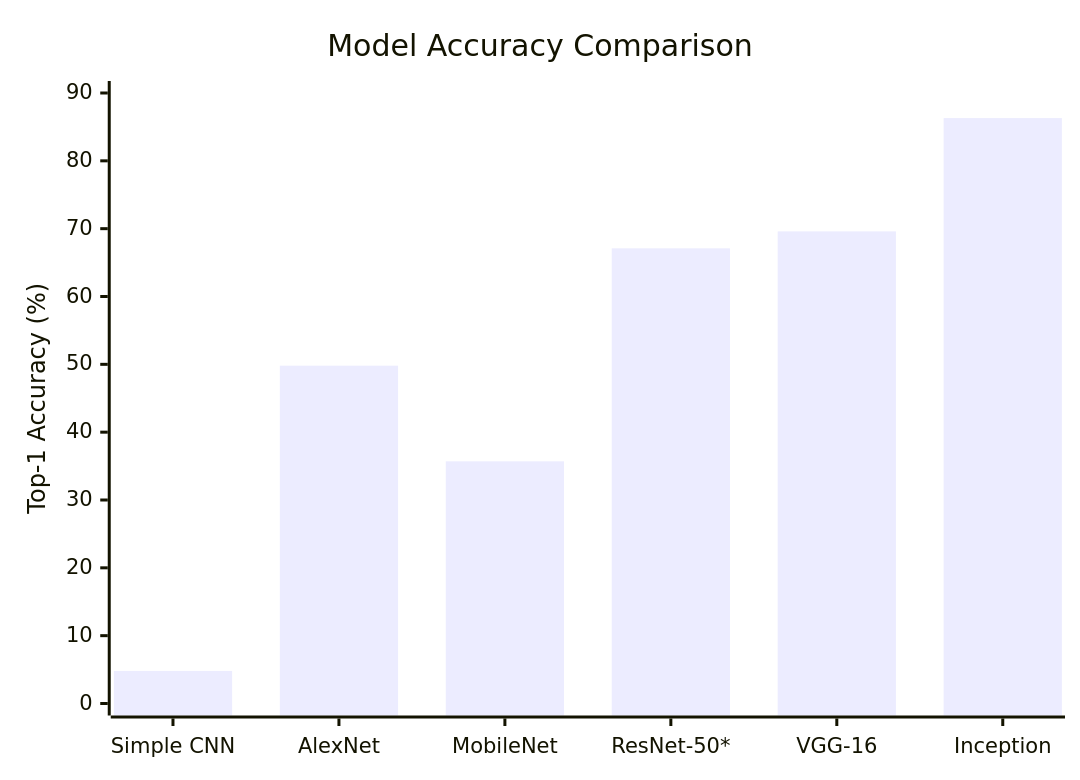
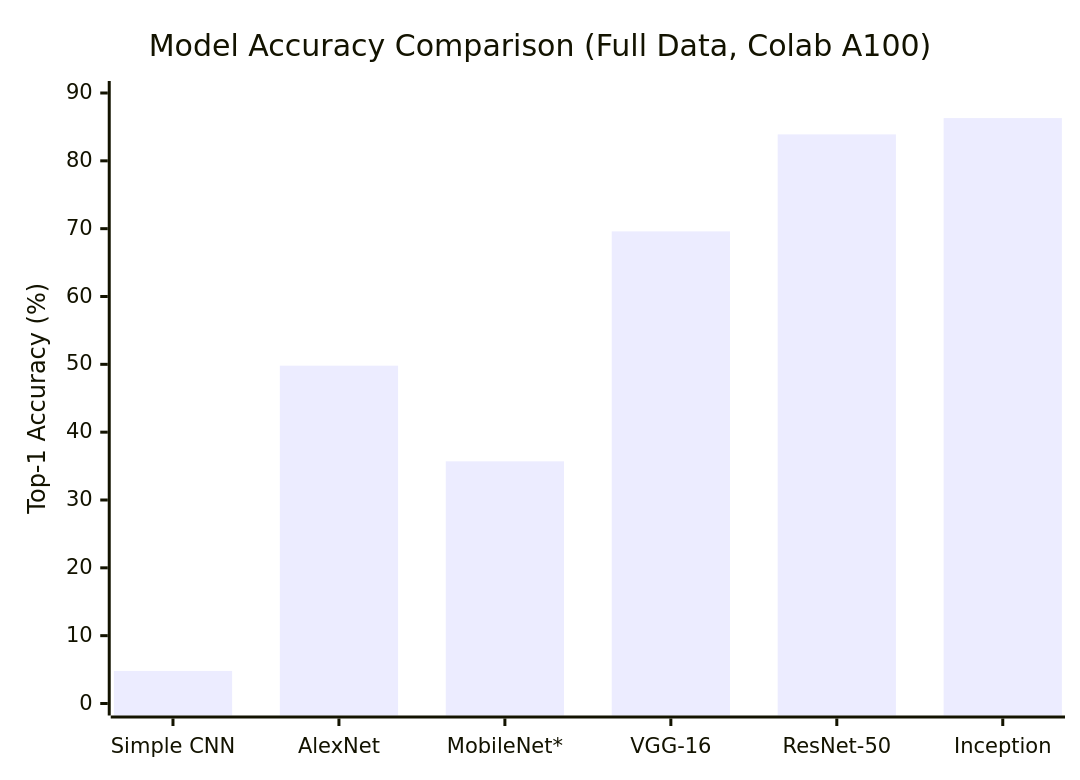
One commit to hadarwayn/L41-Which-dog-are-you- changed diagram 16 of 31 in README.md. Above: the diagram before and after it, drawn with Mermaid. The commit also changed other lines of this file, not shown here.

First line of the commit message:
docs(readme): Update with ResNet-50 full results — 83.9% accuracy

````diff
--- a/README.md
+++ b/README.md
@@ -358,7 +358,7 @@
 ```mermaid
 xychart-beta
-    title "Model Accuracy Comparison"
-    x-axis ["Simple CNN", "AlexNet", "MobileNet", "ResNet-50*", "VGG-16", "Inception"]
+    title "Model Accuracy Comparison (Full Data, Colab A100)"
+    x-axis ["Simple CNN", "AlexNet", "MobileNet*", "VGG-16", "ResNet-50", "Inception"]
     y-axis "Top-1 Accuracy (%)" 0 --> 90
-    bar [4.8, 49.8, 35.7, 67.1, 69.6, 86.3]
+    bar [4.8, 49.8, 35.7, 69.6, 83.9, 86.3]
 ```
````
